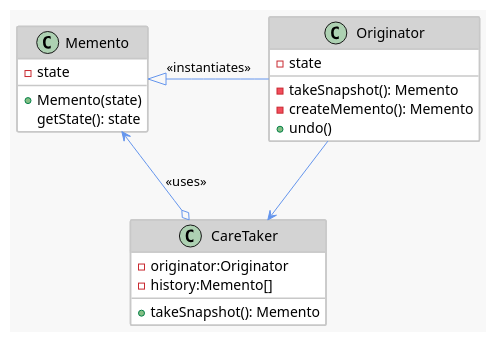
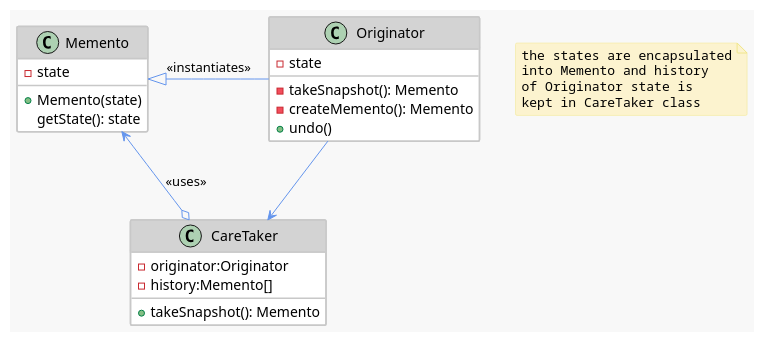
One commit to bbakla/DesignPatternsWithJava changed the diagram in doc/MementoPattern.puml. Above: the diagram before and after it, drawn with PlantUML. The commit also changed 8 other files, not shown here.

```diff
--- a/doc/MementoPattern.puml
+++ b/doc/MementoPattern.puml
@@ -1,41 +1,48 @@
 @startuml
 skinparam BackgroundColor #F8F8F8
 skinparam  Shadowing false
 skinparam RoundCorner 3
 skinparam noteBorderColor Khaki
 skinparam noteBackgroundColor #FCF3CF
 skinparam noteFontName Courier
 skinparam noteFontSite 4
 
 skinparam class {
 BackgroundColor white
 ArrowColor CornFlowerBlue
 BorderColor #C8C8C8
 BorderThickness 1.5
 HeaderBackgroundColor LightGrey
 }
 
 class Memento{
   - state
   + Memento(state)
     getState(): state
 }
 
 class Originator {
   - state
   - takeSnapshot(): Memento
   - createMemento(): Memento
   + undo()
 }
 
 class CareTaker {
  - originator:Originator
  - history:Memento[]
  + takeSnapshot(): Memento
 }
 
+note as N1
+  the states are encapsulated
+  into Memento and history
+  of Originator state is
+  kept in CareTaker class
+end note
+
 Memento <|-r- Originator  :<<instantiates>>
 CareTaker o--> Memento :<<uses>>
 Originator --> CareTaker
 
 @enduml
```
